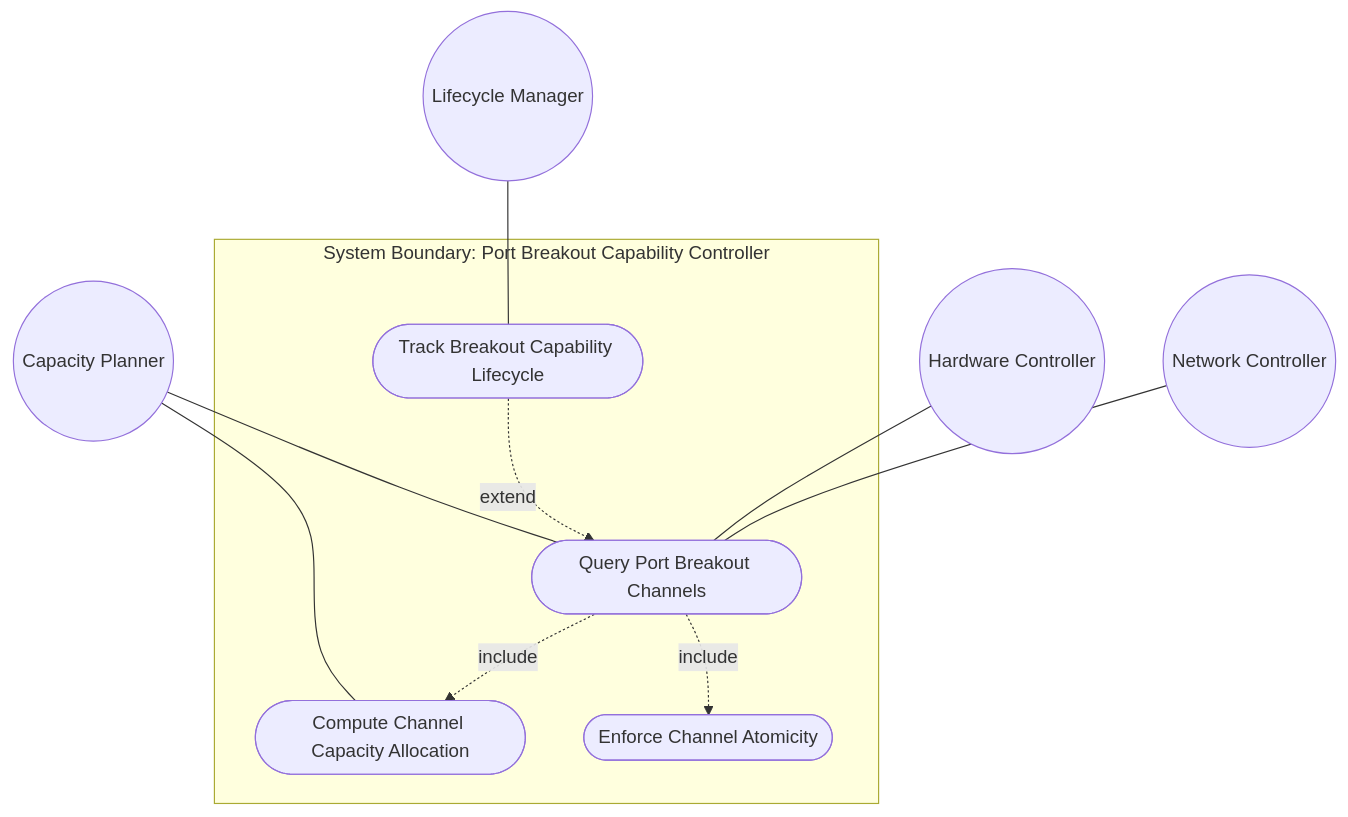
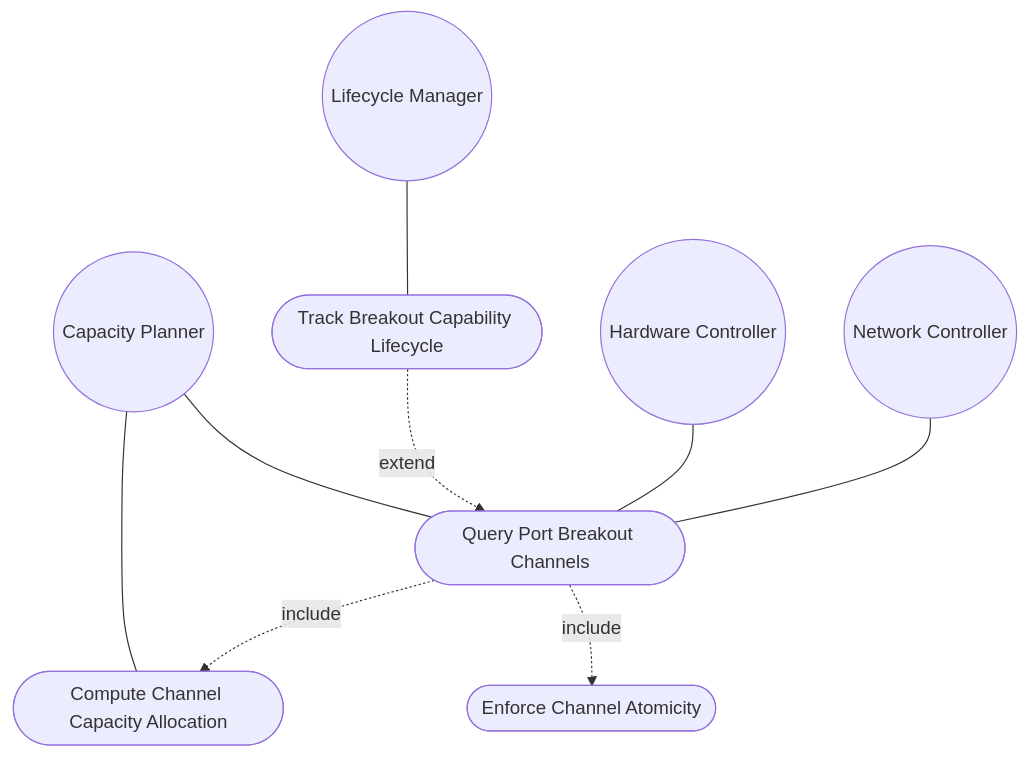
Before and after one commit to gintatkinson/3dgs-030: the first of 2 diagrams in docs/use-cases/uc-18-query-port-breakout-capability.md, drawn with Mermaid. The commit also changed 20 other files, not shown here.

First line of the commit message:
fix: repair Mermaid rendering across all 18 use cases and 5 topology features

````diff
--- a/docs/use-cases/uc-18-query-port-breakout-capability.md
+++ b/docs/use-cases/uc-18-query-port-breakout-capability.md
@@ -98,17 +98,15 @@
 ```mermaid
 graph TD
-    subgraph "System Boundary: Port Breakout Capability Controller"
         UC_Query([Query Port Breakout Channels])
         UC_Compute([Compute Channel Capacity Allocation])
         UC_Track([Track Breakout Capability Lifecycle])
         UC_Atomic([Enforce Channel Atomicity])
-    end
     Planner((Capacity Planner)) --- UC_Query
     Planner --- UC_Compute
     LCManager((Lifecycle Manager)) --- UC_Track
     UC_Query -. "include" .-> UC_Compute
     UC_Track -. "extend" .-> UC_Query
     UC_Query -. "include" .-> UC_Atomic
     HwCtrl((Hardware Controller)) --- UC_Query
     NwController((Network Controller)) --- UC_Query
 ```
````
